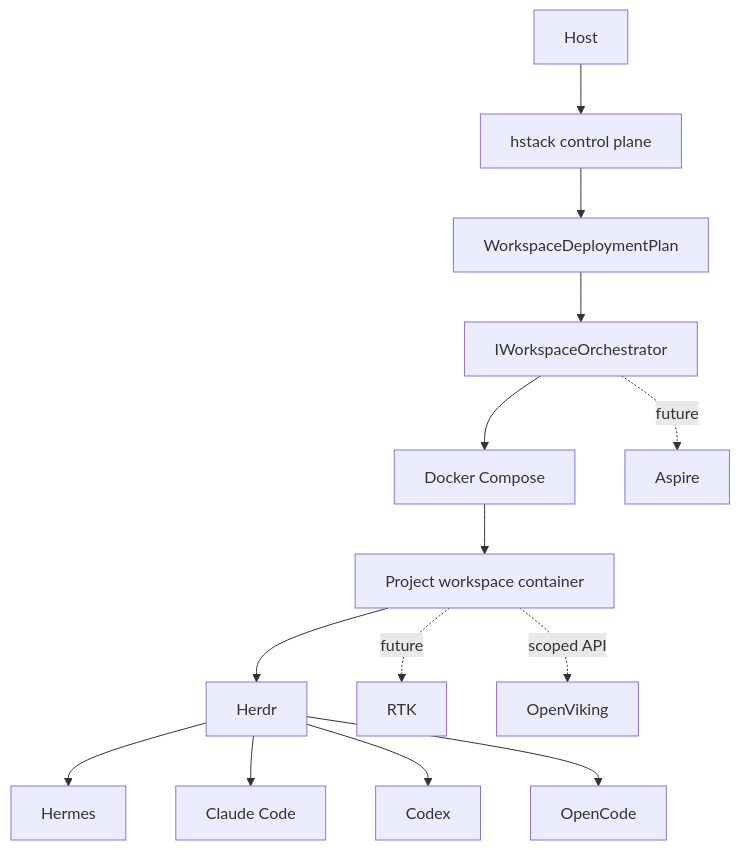
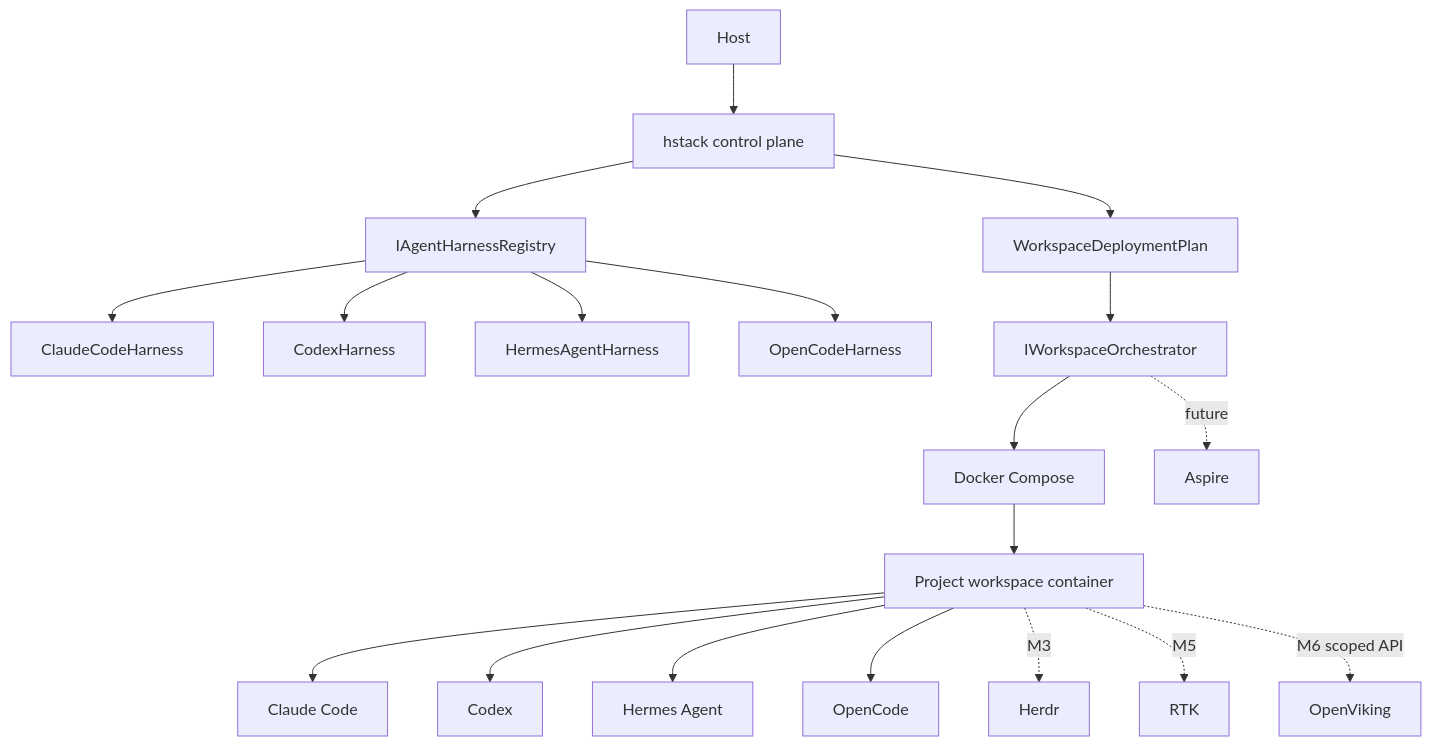
Before and after one commit to jcambert/HStack: the diagram in docs/architecture.md, drawn with Mermaid. The commit also changed other lines of this file and 49 other files, not shown here.

````diff
--- a/docs/architecture.md
+++ b/docs/architecture.md
@@ -5,16 +5,21 @@
 ```mermaid
 flowchart TD
   Host[Host] --> H[hstack control plane]
   H --> Plan[WorkspaceDeploymentPlan]
+  H --> Registry[IAgentHarnessRegistry]
+  Registry --> ClaudeH[ClaudeCodeHarness]
+  Registry --> CodexH[CodexHarness]
+  Registry --> HermesH[HermesAgentHarness]
+  Registry --> OpenCodeH[OpenCodeHarness]
   Plan --> Orch[IWorkspaceOrchestrator]
   Orch --> Compose[Docker Compose]
   Orch -. future .-> Aspire[Aspire]
   Compose --> Workspace[Project workspace container]
-  Workspace --> Herdr[Herdr]
-  Herdr --> Hermes[Hermes]
-  Herdr --> Claude[Claude Code]
-  Herdr --> Codex[Codex]
-  Herdr --> OpenCode[OpenCode]
-  Workspace -. future .-> RTK[RTK]
-  Workspace -. scoped API .-> OV[OpenViking]
+  Workspace --> Claude[Claude Code]
+  Workspace --> Codex[Codex]
+  Workspace --> Hermes[Hermes Agent]
+  Workspace --> OpenCode[OpenCode]
+  Workspace -. M3 .-> Herdr[Herdr]
+  Workspace -. M5 .-> RTK[RTK]
+  Workspace -. M6 scoped API .-> OV[OpenViking]
 ```
````
